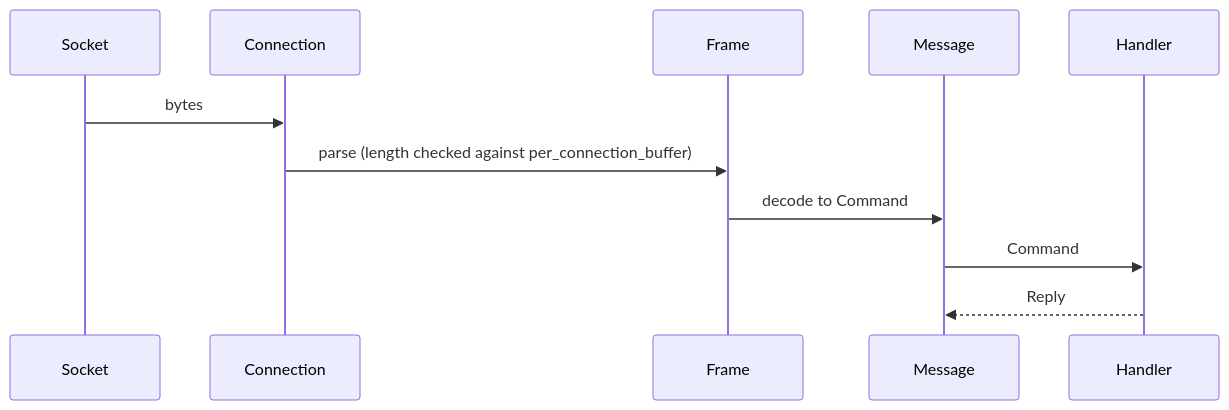
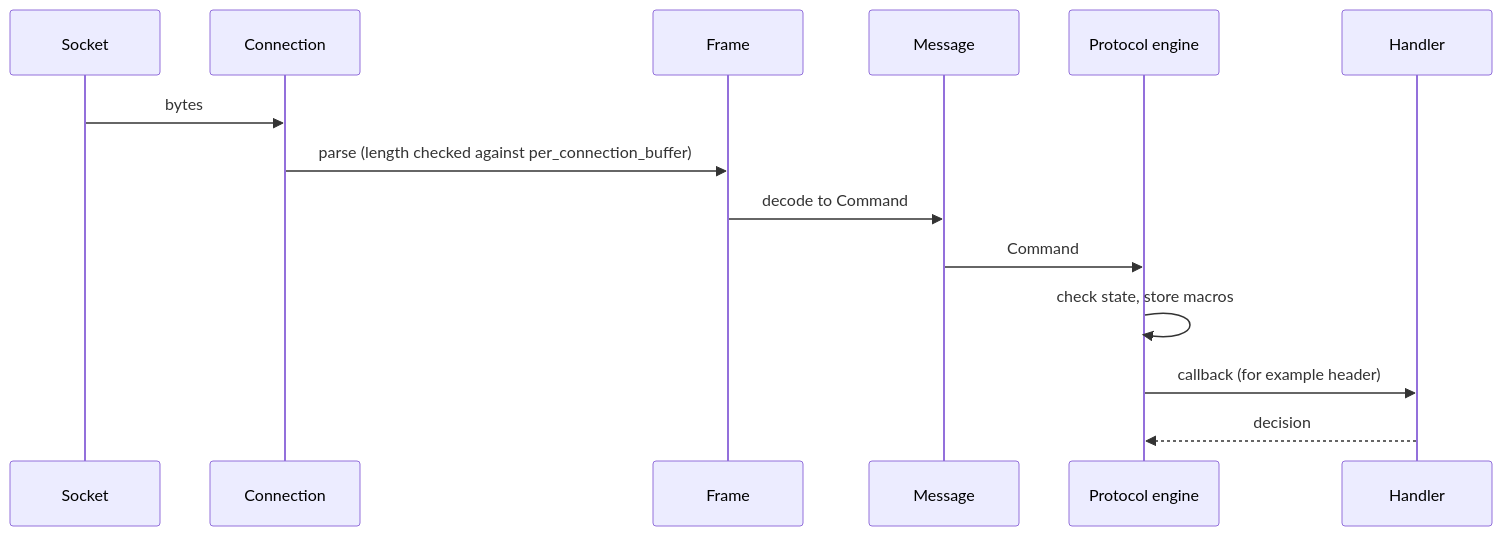
Before and after one commit to photom/rust-milter: the third of 7 diagrams in docs/explanation/architecture.md, drawn with Mermaid. The commit also changed other lines of this file and 14 other files, not shown here.

````diff
--- a/docs/explanation/architecture.md
+++ b/docs/explanation/architecture.md
@@ -230,14 +240,17 @@
 ```mermaid
 sequenceDiagram
     participant Socket
     participant Connection
     participant Frame
     participant Message
+    participant Engine as Protocol engine
     participant Handler
 
     Socket->>Connection: bytes
     Connection->>Frame: parse (length checked against per_connection_buffer)
     Frame->>Message: decode to Command
-    Message->>Handler: Command
-    Handler-->>Message: Reply
+    Message->>Engine: Command
+    Engine->>Engine: check state, store macros
+    Engine->>Handler: callback (for example header)
+    Handler-->>Engine: decision
 ```
````
